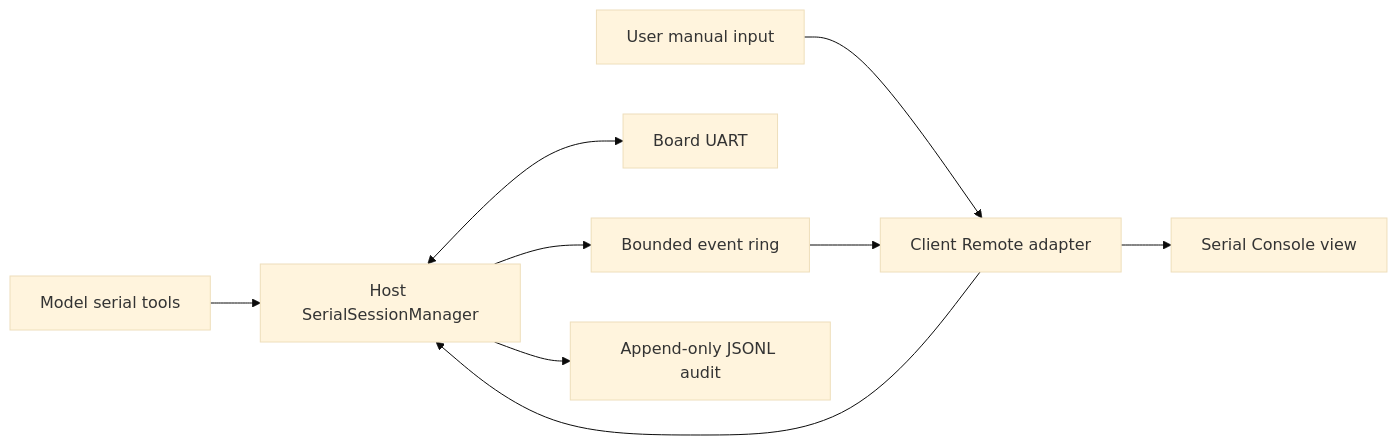
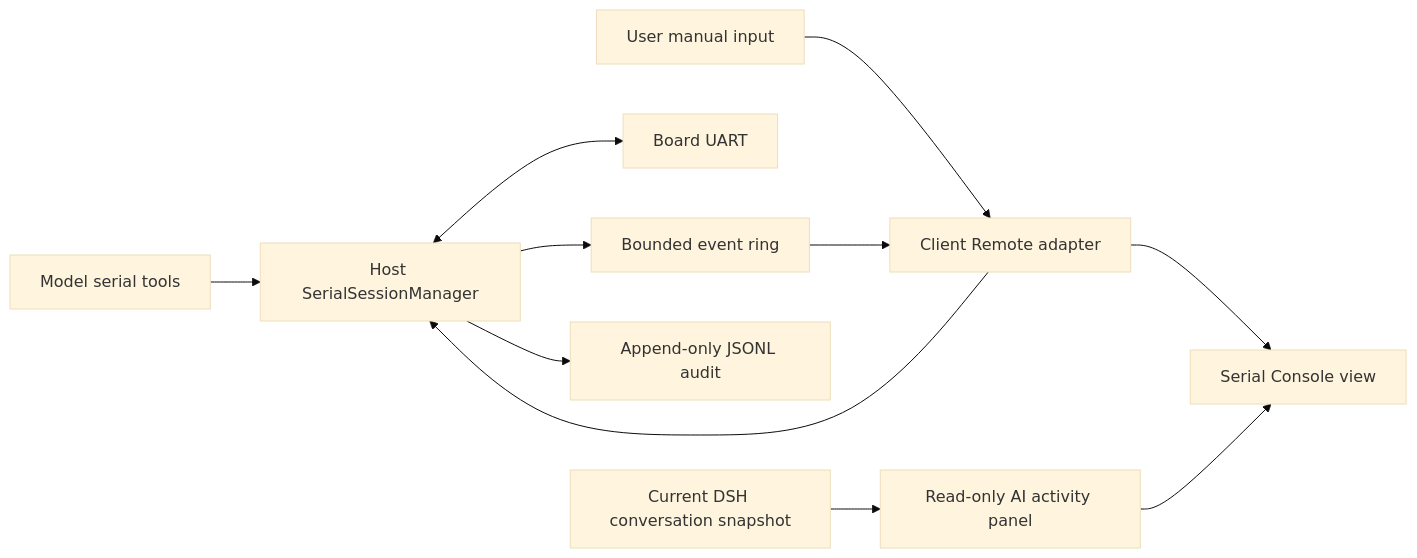
The diagram in docs/ARCHITECTURE.md (InfinitePersistence/dsh-serial-console), drawn with Mermaid (base theme) before and after one commit. The commit also changed other lines of this file and 12 other files, not shown here.

````diff
--- a/docs/ARCHITECTURE.md
+++ b/docs/ARCHITECTURE.md
@@ -9,11 +9,13 @@
 ```mermaid
 flowchart LR
     MT[Model serial tools] --> SM[Host SerialSessionManager]
     UI[User manual input] --> CR[Client Remote adapter]
     CR --> SM
     SM <--> HW[Board UART]
     SM --> RB[Bounded event ring]
     SM --> JL[Append-only JSONL audit]
     RB --> CR
     CR --> VW[Serial Console view]
+    CS[Current DSH conversation snapshot] --> AV[Read-only AI activity panel]
+    AV --> VW
 ```
````
